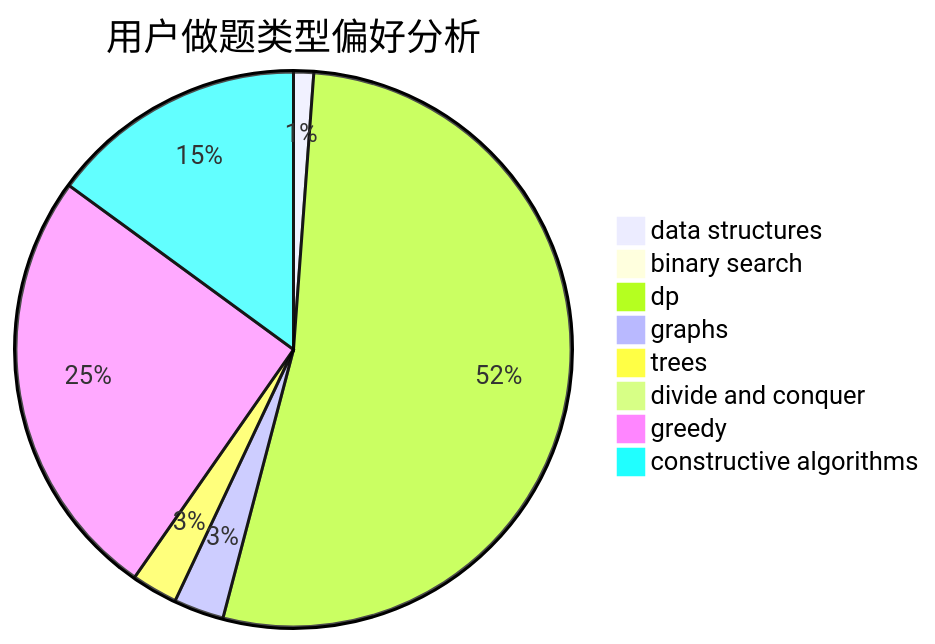
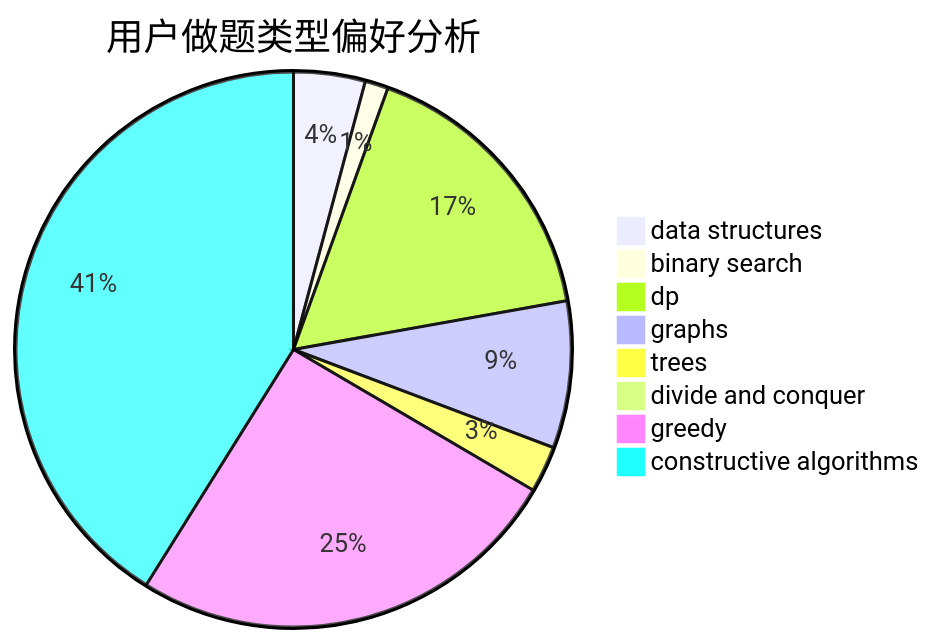
The second of 3 diagrams in docs/user/u379.md (sherpahu/cfrs.github.io), drawn with Mermaid before and after one commit. The commit also changed other lines of this file and 2770 other files, not shown here.

````diff
--- a/docs/user/u379.md
+++ b/docs/user/u379.md
@@ -23,11 +23,11 @@
 ```mermaid
 pie title 用户做题类型偏好分析
-    "data structures" :  10
-    "binary search" :  7
-    "dp" :  453
-    "graphs" :  25
-    "trees" :  23
-    "divide and conquer" :  0
-    "greedy" :  217
-    "constructive algorithms" :  128
+    "data structures" :  37
+    "binary search" :  12
+    "dp" :  148
+    "graphs" :  76
+    "trees" :  24
+    "divide and conquer" :  5
+    "greedy" :  226
+    "constructive algorithms" :  365
 ```
````
